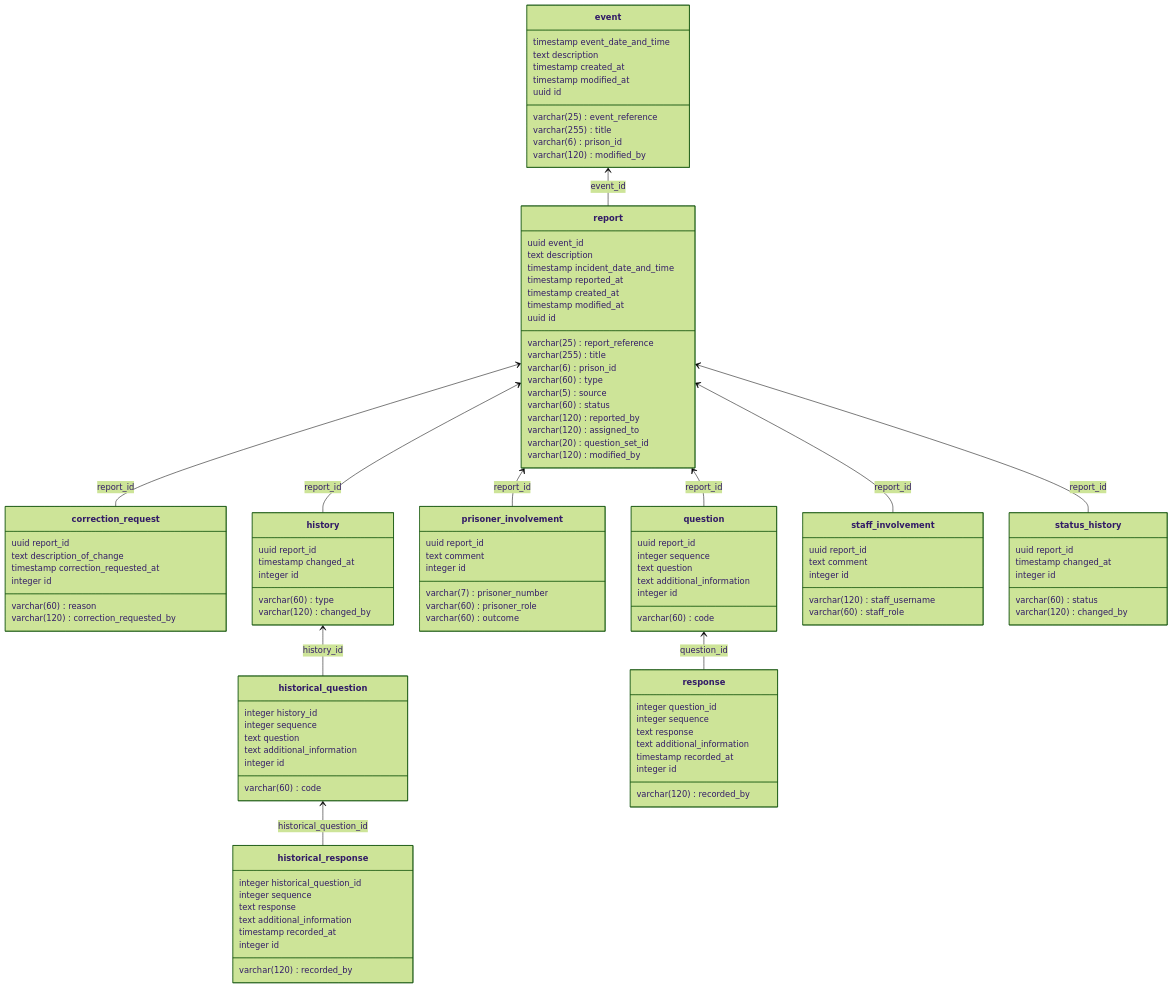
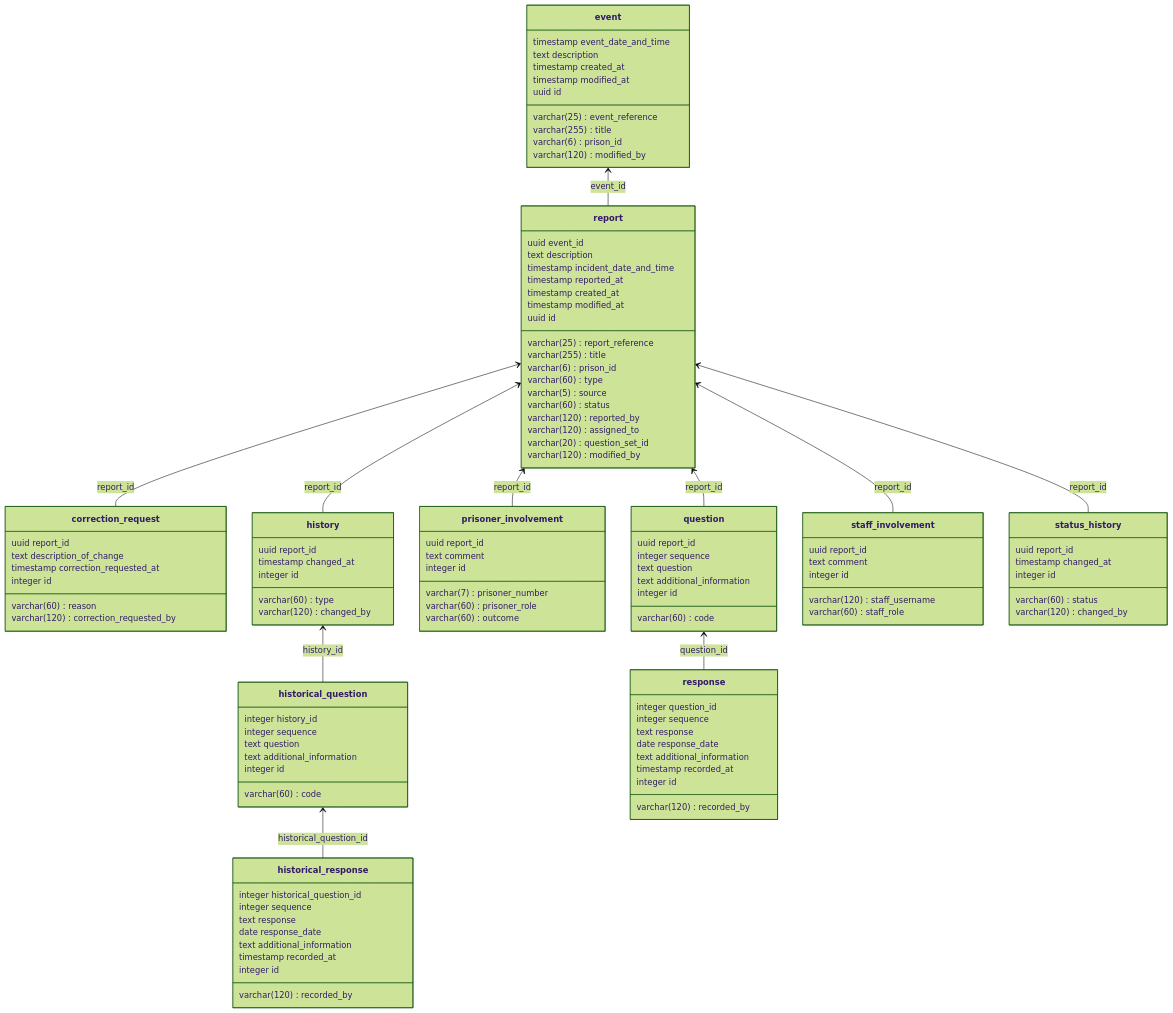
The second of 2 diagrams in docs/0004-modeling-irs.md (ministryofjustice/hmpps-incident-reporting-api), drawn with Mermaid (forest theme) before and after one commit. The commit also changed other lines of this file and 28 other files, not shown here.

```diff
--- a/docs/0004-modeling-irs.md
+++ b/docs/0004-modeling-irs.md
@@ -154,6 +155,7 @@
         integer historical_question_id
         integer sequence
         text response
+        date response_date
         text additional_information
         timestamp recorded_at
         varchar(120) recorded_by
@@ -205,6 +207,7 @@
         integer question_id
         integer sequence
         text response
+        date response_date
         text additional_information
         timestamp recorded_at
         varchar(120) recorded_by
```
